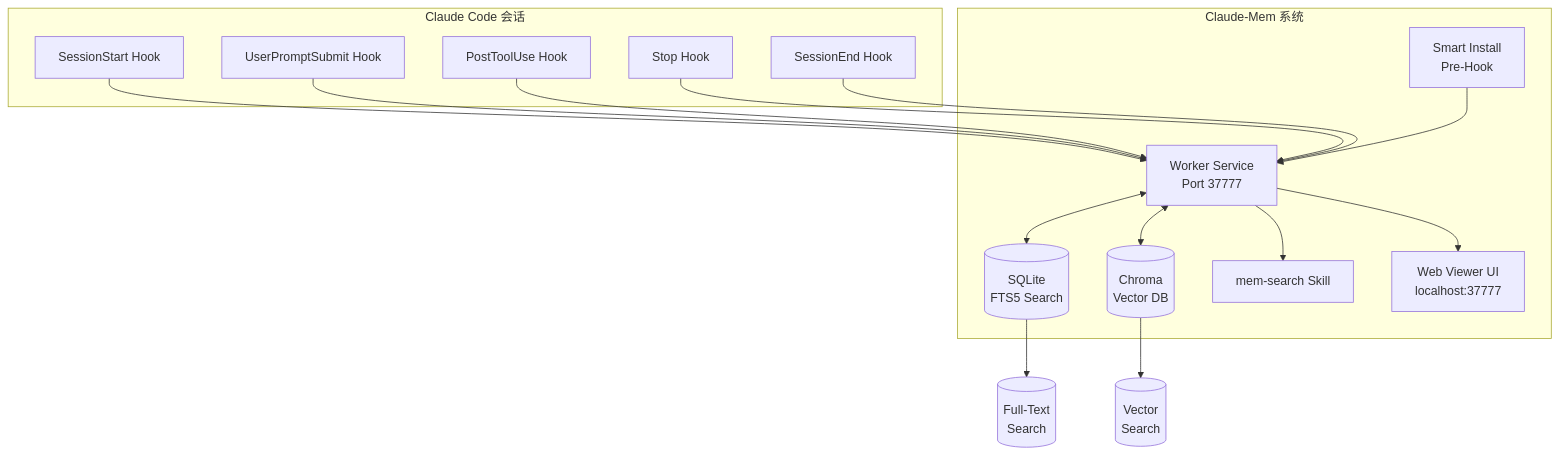
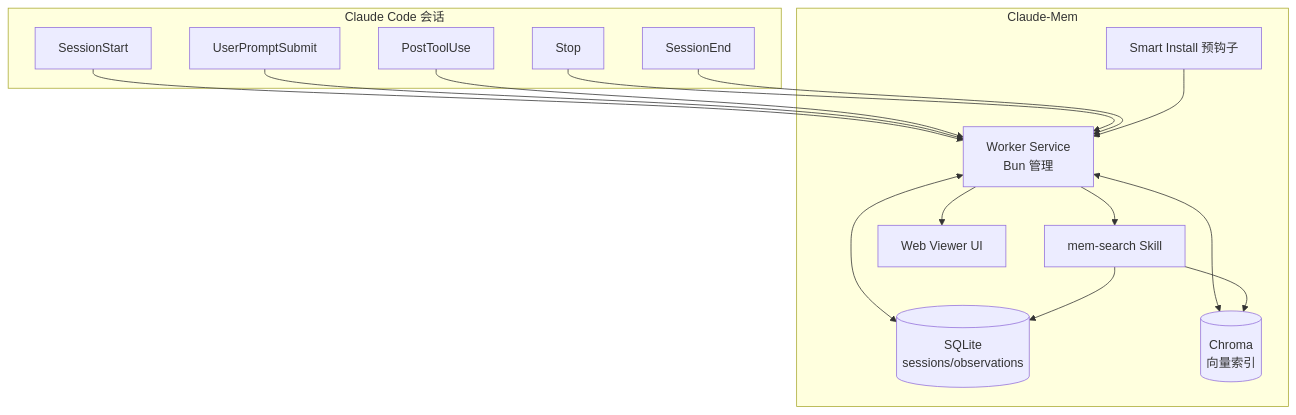
One commit to A1pha3/text-matrix changed the first of 2 diagrams in content/posts/tech/claude-mem-persistent-memory-65k-stars.md. Above: the diagram before and after it, drawn with Mermaid. The commit also changed other lines of this file and 15 other files, not shown here.

````diff
--- a/content/posts/tech/claude-mem-persistent-memory-65k-stars.md
+++ b/content/posts/tech/claude-mem-persistent-memory-65k-stars.md
@@ -81,34 +34,30 @@
 ```mermaid
 graph TB
- subgraph ClaudeCode["Claude Code 会话"]
- HS[SessionStart Hook]
- UP[UserPromptSubmit Hook]
- PT[PostToolUse Hook]
- ST[Stop Hook]
- SE[SessionEnd Hook]
- end
-
- subgraph ClaudeMem["Claude-Mem 系统"]
- Install[Smart Install<br/>Pre-Hook]
- Worker[Worker Service<br/>Port 37777]
- SQLite[(SQLite<br/>FTS5 Search)]
- Chroma[(Chroma<br/>Vector DB)]
- Skill[mem-search Skill]
- WebUI[Web Viewer UI<br/>localhost:37777]
- end
-
- HS --> Worker
- UP --> Worker
- PT --> Worker
- ST --> Worker
- SE --> Worker
- Install --> Worker
-
- Worker <--> SQLite
- Worker <--> Chroma
- Worker --> Skill
- Worker --> WebUI
-
- SQLite --> FTS[(Full-Text<br/>Search)]
- Chroma --> Vec[(Vector<br/>Search)]
+  subgraph CC["Claude Code 会话"]
+    HS[SessionStart]
+    UP[UserPromptSubmit]
+    PT[PostToolUse]
+    ST[Stop]
+    SE[SessionEnd]
+  end
+  subgraph CM["Claude-Mem"]
+    Install[Smart Install 预钩子]
+    Worker[Worker Service<br/>Bun 管理]
+    SQL[(SQLite<br/>sessions/observations)]
+    CH[(Chroma<br/>向量索引)]
+    Skill[mem-search Skill]
+    WebUI[Web Viewer UI]
+  end
+  HS --> Worker
+  UP --> Worker
+  PT --> Worker
+  ST --> Worker
+  SE --> Worker
+  Install --> Worker
+  Worker <--> SQL
+  Worker <--> CH
+  Worker --> Skill
+  Worker --> WebUI
+  Skill --> SQL
+  Skill --> CH
 ```
````
